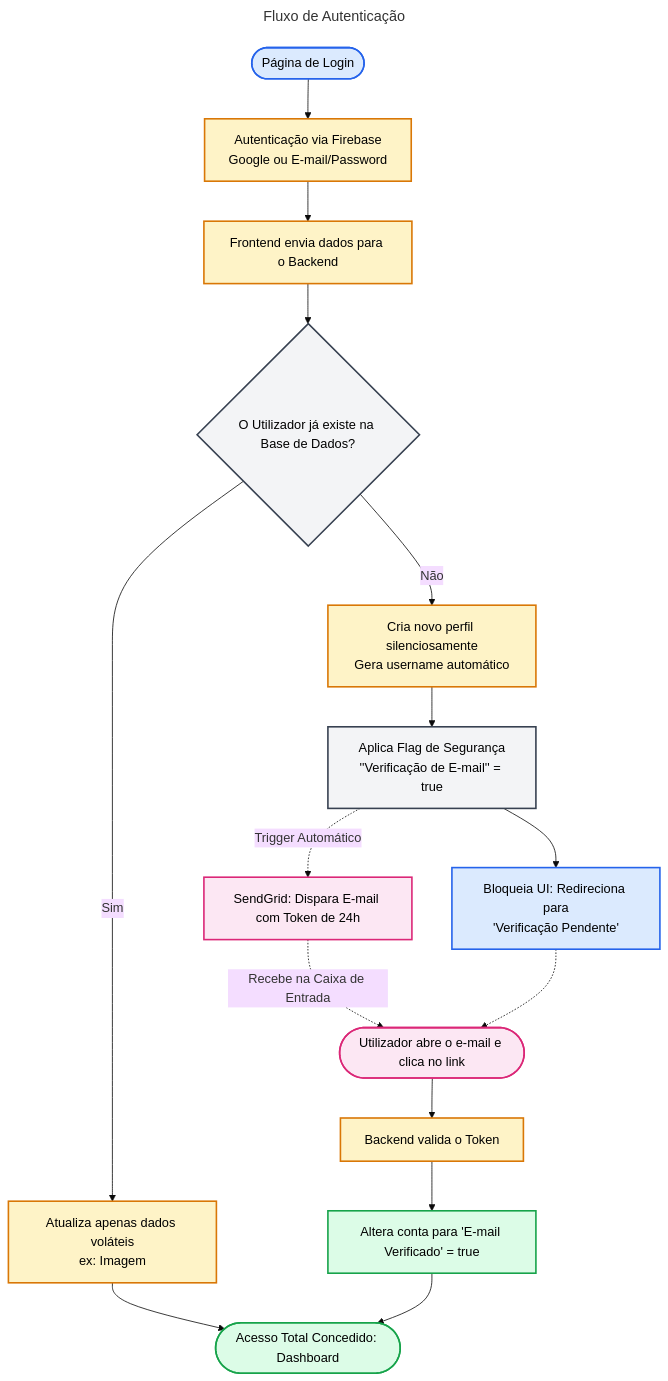
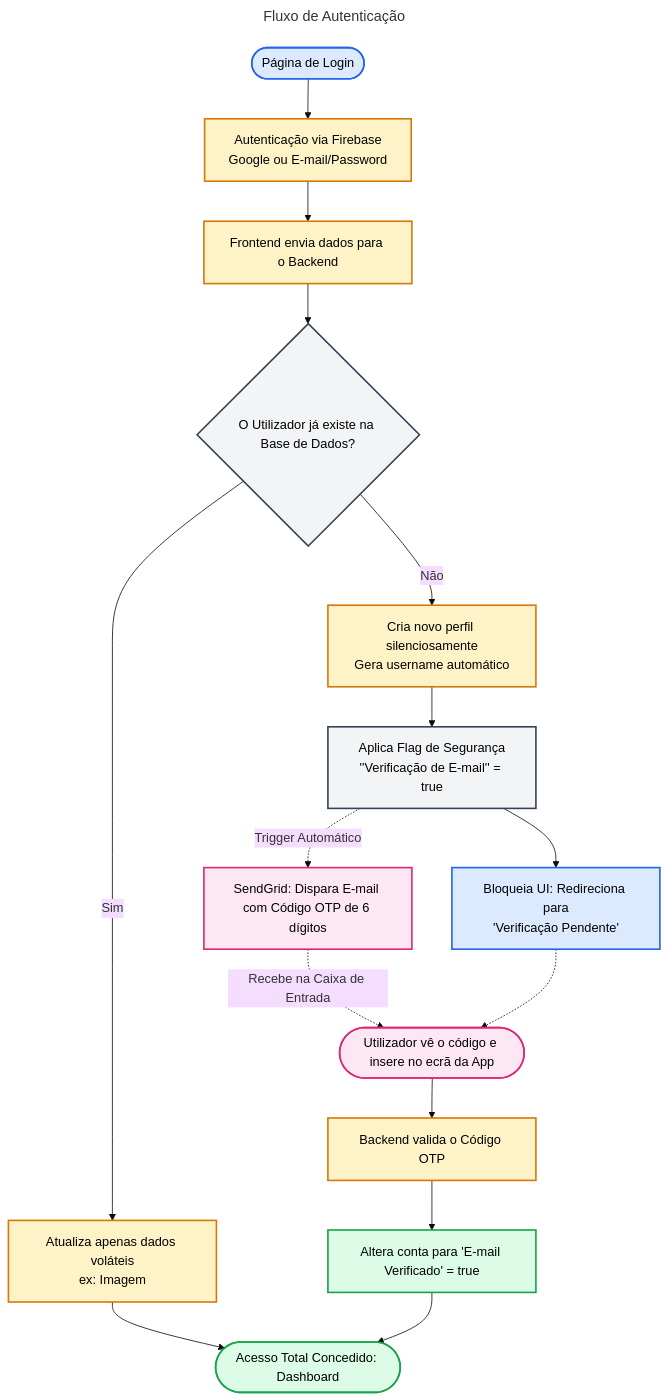
Before and after one commit to joaosantos1231209/Road-Buddies: the diagram in Documentation/Diagramas/fluxo-autenticacao.md, drawn with Mermaid (base theme). The commit also changed 15 other files, not shown here.

Commit message:
Atualizados diagramas e base de dados

````diff
--- a/Documentation/Diagramas/fluxo-autenticacao.md
+++ b/Documentation/Diagramas/fluxo-autenticacao.md
@@ -1,66 +1,66 @@
 ```mermaid
 ---
 title: Fluxo de Autenticação
 ---
 graph TD
     %% 1. ESTILOS
     classDef ui fill:#dbeafe,stroke:#2563eb,stroke-width:2px,color:#000
     classDef api fill:#fef3c7,stroke:#d97706,stroke-width:2px,color:#000
     classDef decisao fill:#f3f4f6,stroke:#374151,stroke-width:2px,color:#000
     classDef alerta fill:#fee2e2,stroke:#dc2626,stroke-width:2px,color:#000
     classDef email fill:#fce7f3,stroke:#db2777,stroke-width:2px,color:#000
     classDef sucesso fill:#dcfce7,stroke:#16a34a,stroke-width:2px,color:#000
 
     %% 2. CAIXAS
     A([Página de Login])
     B[Autenticação via Firebase<br>Google ou E-mail/Password]
     C[Frontend envia dados para o Backend]
     
     D{O Utilizador já existe na Base de Dados?}
     
     %% Ramo: Já existe
     E[Atualiza apenas dados voláteis<br>ex: Imagem]
     F([Acesso Total Concedido: Dashboard])
     
     %% Ramo: Novo
     G[Cria novo perfil silenciosamente<br>Gera username automático]
     H[Aplica Flag de Segurança<br>''Verificação de E-mail'' = true]
     I[Bloqueia UI: Redireciona para<br>'Verificação Pendente']
     
     %% Barreira de Segurança
-    J[SendGrid: Dispara E-mail com Token de 24h]
-    K([Utilizador abre o e-mail e clica no link])
-    L[Backend valida o Token]
+    J[SendGrid: Dispara E-mail com Código OTP de 6 dígitos]
+    K([Utilizador vê o código e insere no ecrã da App])
+    L[Backend valida o Código OTP]
     M[Altera conta para 'E-mail Verificado' = true]
 
     %% 3. LIGAÇÕES
     A --> B
     B --> C
     C --> D
     
     %% Caminho do Antigo
     D -->|Sim| E
     E --> F
     
     %% Caminho do Novo
     D -->|Não| G
     G --> H
     H --> I
     
     %% Ação em Background vs Ação do Utilizador
     H -.->|Trigger Automático| J
     J -.->|Recebe na Caixa de Entrada| K
     I -.-> K
     
     %% Resolução
     K --> L
     L --> M
     M --> F
 
     %% 4. APLICAR CORES
     class A,I ui;
     class B,C,E,G,L api;
     class D,H decisao;
     class J,K email;
     class F,M sucesso;
 ```
````
